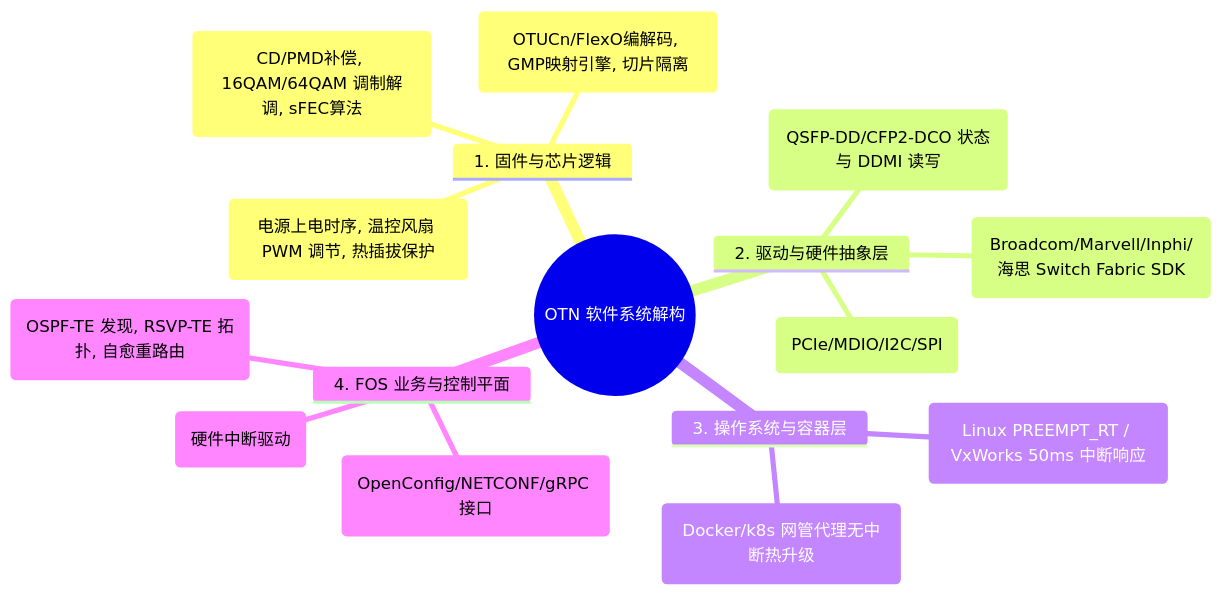
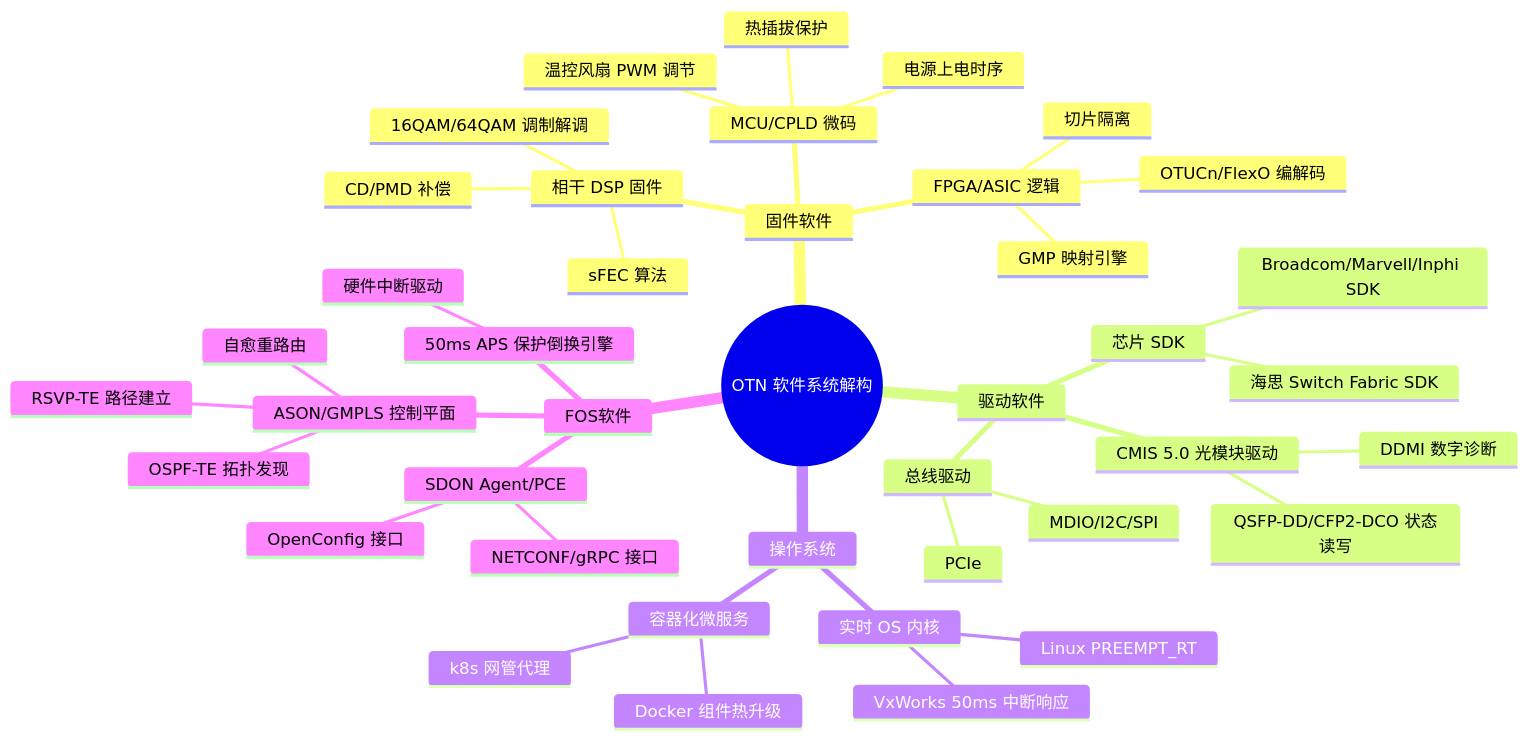
Before and after one commit to pengjizhang/otn-notes: the second of 6 diagrams in otn-equipment-architecture-pipeline.md, drawn with Mermaid.

Commit message:
修复第二章 mindmap：一级标题简化为固件软件/驱动软件/操作系统/FOS软件，拆分二级节点

````diff
--- a/otn-equipment-architecture-pipeline.md
+++ b/otn-equipment-architecture-pipeline.md
@@ -32,19 +32,44 @@
 ```mermaid
 mindmap
   root((OTN 软件系统解构))
-    1. 固件与芯片逻辑
-      相干 DSP 固件 (CD/PMD补偿, 16QAM/64QAM 调制解调, sFEC算法)
-      FPGA/ASIC 逻辑 (OTUCn/FlexO编解码, GMP映射引擎, 切片隔离)
-      MCU/CPLD 微码 (电源上电时序, 温控风扇 PWM 调节, 热插拔保护)
-    2. 驱动与硬件抽象层
-      CMIS 5.0 光模块驱动 (QSFP-DD/CFP2-DCO 状态与 DDMI 读写)
-      芯片 SDK (Broadcom/Marvell/Inphi/海思 Switch Fabric SDK)
-      总线驱动 (PCIe/MDIO/I2C/SPI)
-    3. 操作系统与容器层
-      实时 OS 内核 (Linux PREEMPT_RT / VxWorks 50ms 中断响应)
-      容器化微服务 (Docker/k8s 网管代理无中断热升级)
-    4. FOS 业务与控制平面
-      ASON/GMPLS 控制平面 (OSPF-TE 发现, RSVP-TE 拓扑, 自愈重路由)
-      50ms 高可靠 APS 保护倒换引擎 (硬件中断驱动)
-      SDON Agent/PCE (OpenConfig/NETCONF/gRPC 接口)
+    固件软件
+      相干 DSP 固件
+        CD/PMD 补偿
+        16QAM/64QAM 调制解调
+        sFEC 算法
+      FPGA/ASIC 逻辑
+        OTUCn/FlexO 编解码
+        GMP 映射引擎
+        切片隔离
+      MCU/CPLD 微码
+        电源上电时序
+        温控风扇 PWM 调节
+        热插拔保护
+    驱动软件
+      CMIS 5.0 光模块驱动
+        QSFP-DD/CFP2-DCO 状态读写
+        DDMI 数字诊断
+      芯片 SDK
+        Broadcom/Marvell/Inphi SDK
+        海思 Switch Fabric SDK
+      总线驱动
+        PCIe
+        MDIO/I2C/SPI
+    操作系统
+      实时 OS 内核
+        Linux PREEMPT_RT
+        VxWorks 50ms 中断响应
+      容器化微服务
+        Docker 组件热升级
+        k8s 网管代理
+    FOS软件
+      ASON/GMPLS 控制平面
+        OSPF-TE 拓扑发现
+        RSVP-TE 路径建立
+        自愈重路由
+      50ms APS 保护倒换引擎
+        硬件中断驱动
+      SDON Agent/PCE
+        OpenConfig 接口
+        NETCONF/gRPC 接口
 ```
````
